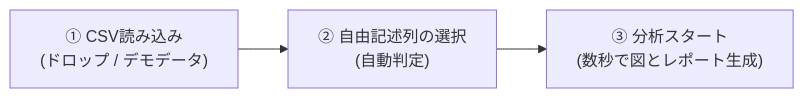
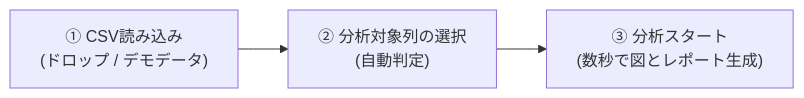
One commit to satoshi-ohwada/survey-factor-analyzer changed the diagram in README.md. Above: the diagram before and after it, drawn with Mermaid. The commit also changed other lines of this file and 5 other files, not shown here.

````diff
--- a/README.md
+++ b/README.md
@@ -96,5 +96,5 @@
 ```mermaid
 flowchart LR
-    A["① CSV読み込み<br>(ドロップ / デモデータ)"] --> B["② 自由記述列の選択<br>(自動判定)"]
+    A["① CSV読み込み<br>(ドロップ / デモデータ)"] --> B["② 分析対象列の選択<br>(自動判定)"]
     B --> C["③ 分析スタート<br>(数秒で図とレポート生成)"]
 ```
````
